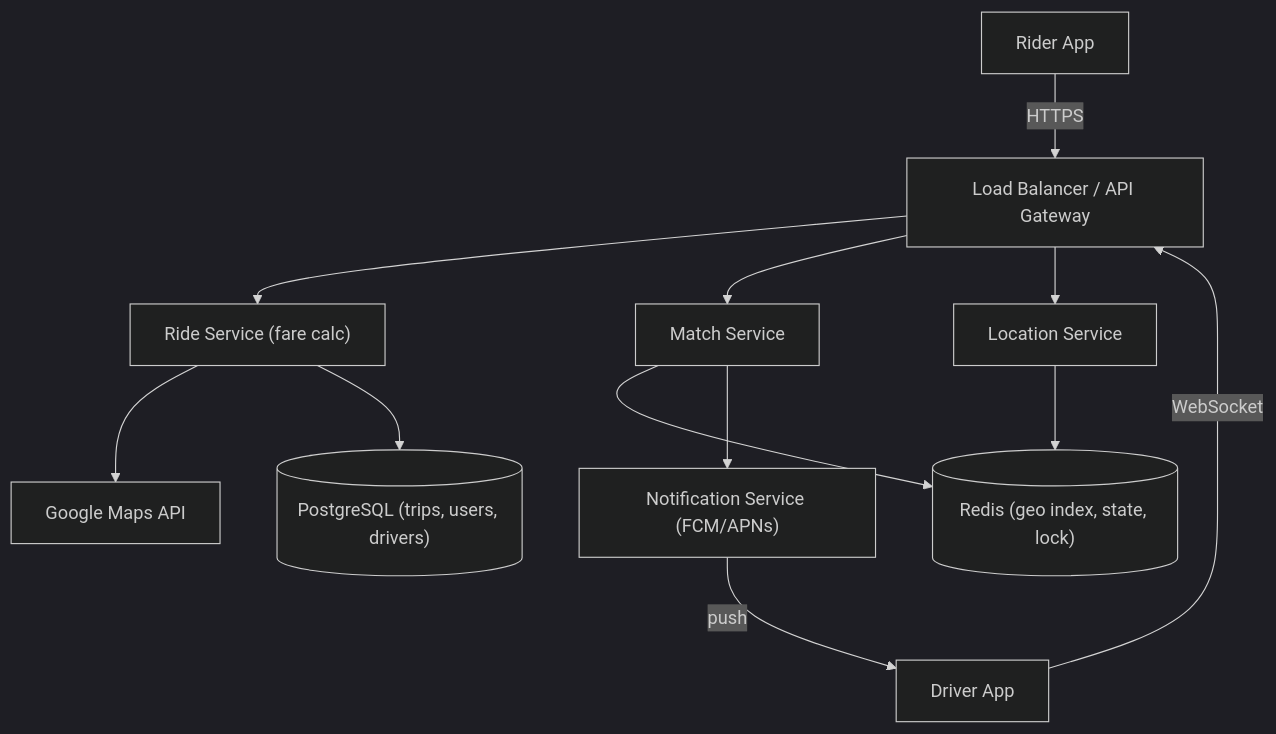
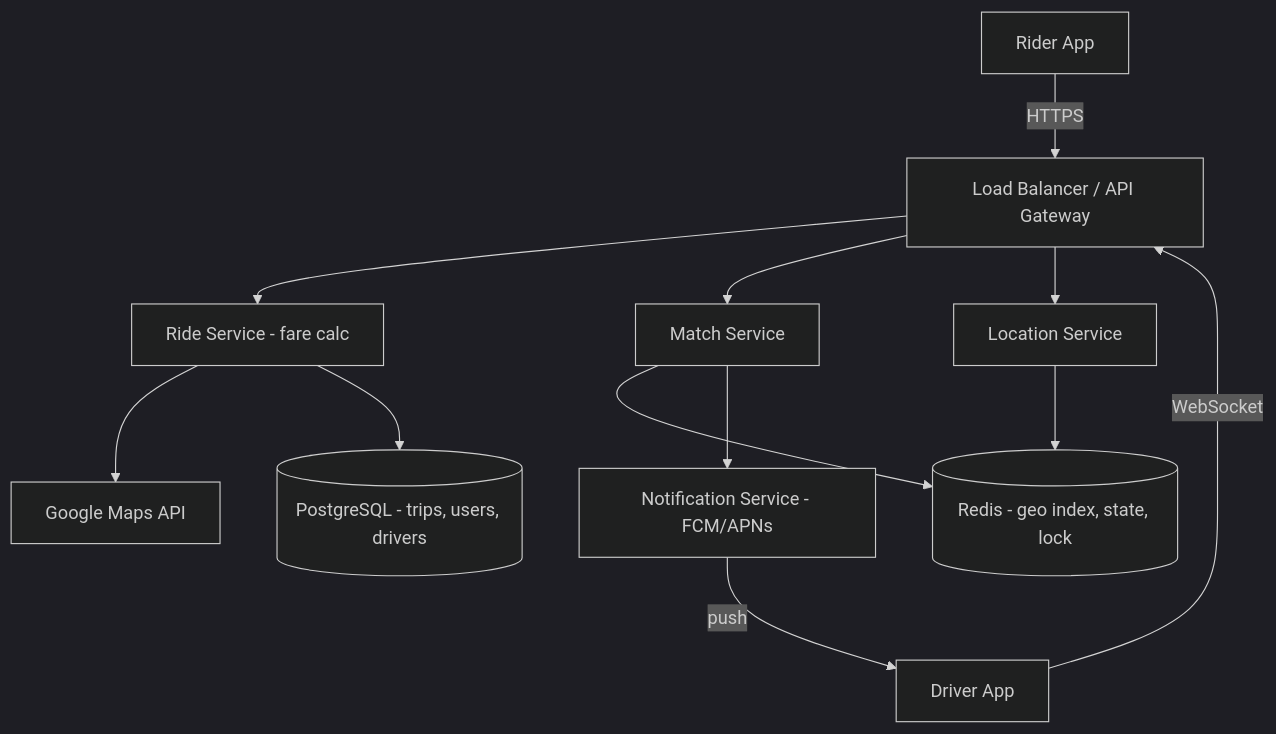
Before and after one commit to shyamalm88/MechineCoding: the second of 6 diagrams in system-design/latest & updated/ride-booking-uber-rapido.md, drawn with Mermaid (dark theme). The commit also changed other lines of this file and 9 other files, not shown here.

````diff
--- a/system-design/latest & updated/ride-booking-uber-rapido.md
+++ b/system-design/latest & updated/ride-booking-uber-rapido.md
@@ -139,25 +196,25 @@
 ```mermaid
 graph TD
     Rider["Rider App"]
     Driver["Driver App"]
     LB["Load Balancer / API Gateway"]
-    RS["Ride Service (fare calc)"]
+    RS["Ride Service - fare calc"]
     MS["Match Service"]
     LS["Location Service"]
-    NS["Notification Service (FCM/APNs)"]
-    DB[("PostgreSQL (trips, users, drivers)")]
-    Redis[("Redis (geo index, state, lock)")]
+    NS["Notification Service - FCM/APNs"]
+    DB[("PostgreSQL - trips, users, drivers")]
+    Redis[("Redis - geo index, state, lock")]
     Maps["Google Maps API"]
 
     Rider -->|HTTPS| LB
     Driver -->|WebSocket| LB
     LB --> RS
     LB --> MS
     LB --> LS
     RS --> Maps
     RS --> DB
     MS --> Redis
     MS --> NS
     LS --> Redis
     NS -->|push| Driver
 ```
````
